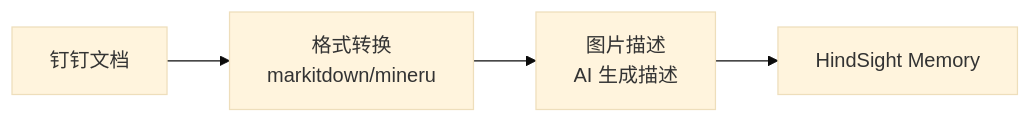
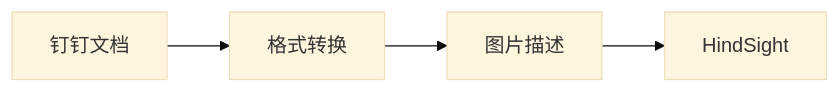
Before and after one commit to liling/docupipe: the fourth of 4 diagrams in README.md, drawn with Mermaid (base theme). The commit also changed other lines of this file, not shown here.

Commit message:
docs: 为四个使用场景分别添加工作流程图

````diff
--- a/README.md
+++ b/README.md
@@ -28,6 +289,6 @@
 ```mermaid
 flowchart LR
-    A[钉钉文档] --> B[格式转换<br/>markitdown/mineru]
-    B --> C[图片描述<br/>AI 生成描述]
-    C --> D[HindSight Memory]
+    A[钉钉文档] --> B[格式转换]
+    B --> C[图片描述]
+    C --> D[HindSight]
 ```
````
